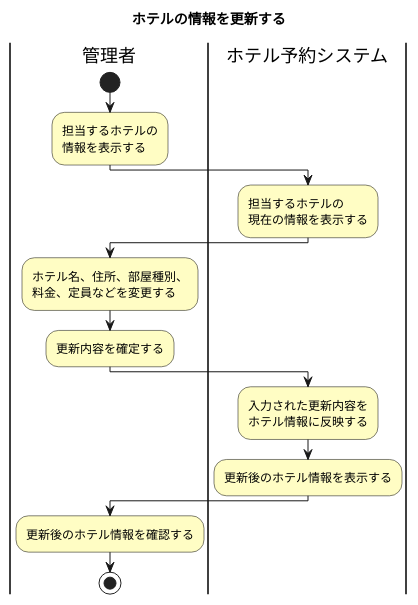
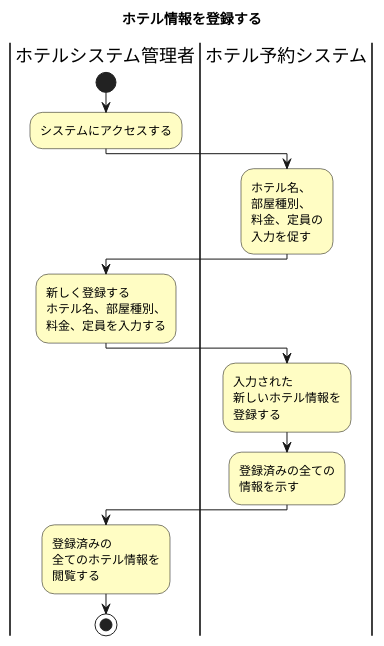
One commit to SMatsuda3/hrs-team-project changed the diagram in diagrams/activ_update_hotel_info.puml. Above: the diagram before and after it, drawn with PlantUML. The commit also changed 5 other files, not shown here.

Commit message:
update activity diagram

```diff
--- a/diagrams/activ_update_hotel_info.puml
+++ b/diagrams/activ_update_hotel_info.puml
@@ -1,68 +1,74 @@
 @startuml
 
 /'
-ユースケース：ホテルの情報を更新する
+ユースケース：ホテル情報を登録する
 
 アクタ：
-管理者
+ホテルシステム管理者
 
 目的：
-アクタが担当するホテルのホテル情報および部屋情報を更新する。
+ホテルシステム管理者が、新しいホテルの情報を
+ホテル予約システムに登録する。
 
 事前条件：
-アクタに担当するホテルが割り振られている。
+・ホテルシステム管理者がシステムを利用できる。
+・登録対象となるホテルが、まだシステムに登録されていない。
 
 事後条件：
-アクタが行った更新がホテル情報に反映されている。
+・入力された新しいホテル情報がシステムに登録されている。
+・登録済みのホテル情報一覧に、新しく登録したホテルが表示されている。
 
 基本系列：
-1. アクタは、担当するホテルの情報をシステム上に表示する。
+1. ホテルシステム管理者は、システムにアクセスする。
 
-2. システムは、担当するホテルの現在の情報を表示する。
+2. ホテル予約システムは、ホテル名、部屋種別、
+   料金、定員の入力を促す。
 
-3. アクタは、ホテル情報を変更する。
+3. ホテルシステム管理者は、新しく登録するホテル名、
+   部屋種別、料金、定員を入力する。
 
-4. システムは、入力された更新内容をホテル情報に反映する。
+4. ホテル予約システムは、入力された新しいホテル情報を登録する。
 
-5. システムは、更新後のホテル情報を表示する。
+5. ホテル予約システムは、登録済みのすべてのホテル情報を表示する。
+
+6. ホテルシステム管理者は、
+   登録済みのすべてのホテル情報を閲覧する。
 '/
 
-title ホテルの情報を更新する
+title ホテル情報を登録する
 
 skinparam shadowing false
 
 skinparam activity {
   BackgroundColor #FFFDC4
   BorderColor Black
   FontColor Black
 }
 
-|管理者|
+|ホテルシステム管理者|
 
 start
 
-:担当するホテルの\n情報を表示する;
+:システムにアクセスする;
 
 |ホテル予約システム|
 
-:担当するホテルの\n現在の情報を表示する;
+:ホテル名、\n部屋種別、\n料金、定員の\n入力を促す;
 
-|管理者|
+|ホテルシステム管理者|
 
-:ホテル名、住所、部屋種別、\n料金、定員などを変更する;
-
-:更新内容を確定する;
+:新しく登録する\nホテル名、部屋種別、\n料金、定員を入力する;
 
 |ホテル予約システム|
 
-:入力された更新内容を\nホテル情報に反映する;
+:入力された\n新しいホテル情報を\n登録する;
 
-:更新後のホテル情報を表示する;
+:登録済みの全ての\n情報を示す;
 
-|管理者|
+|ホテルシステム管理者|
 
-:更新後のホテル情報を確認する;
+:登録済みの\n全てのホテル情報を\n閲覧する;
 
 stop
 
 @enduml
```
